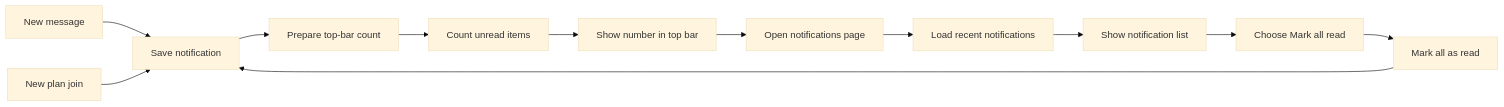
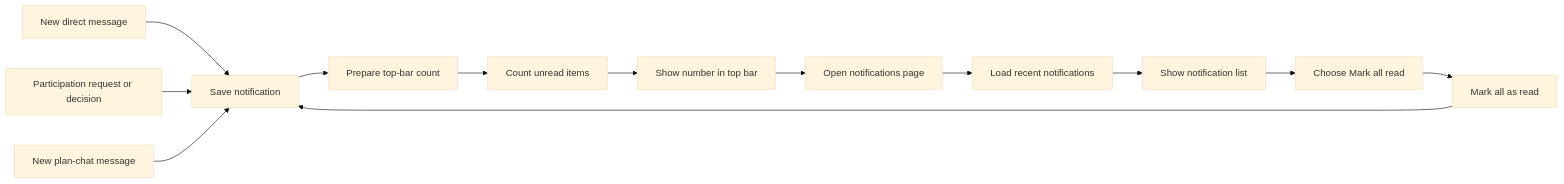
One commit to harvseale-ai/kindelise- changed diagram 11 of 13 in docs/RUNTIME.md. Above: the diagram before and after it, drawn with Mermaid (base theme). The commit also changed other lines of this file and 66 other files, not shown here.

````diff
--- a/docs/RUNTIME.md
+++ b/docs/RUNTIME.md
@@ -402,25 +410,27 @@
 ```mermaid
 flowchart LR
-  A["New message"] --> C["Save notification"]
-  B["New plan join"] --> C
-  C --> D["Prepare top-bar count"]
-  D --> E["Count unread items"]
-  E --> F["Show number in top bar"]
-  F --> G["Open notifications page"]
-  G --> H["Load recent notifications"]
-  H --> I["Show notification list"]
-  I --> J["Choose Mark all read"]
-  J --> K["Mark all as read"]
-  K --> C
+  A["New direct message"] --> D["Save notification"]
+  B["Participation request or decision"] --> D
+  C["New plan-chat message"] --> D
+  D --> E["Prepare top-bar count"]
+  E --> F["Count unread items"]
+  F --> G["Show number in top bar"]
+  G --> H["Open notifications page"]
+  H --> I["Load recent notifications"]
+  I --> J["Show notification list"]
+  J --> K["Choose Mark all read"]
+  K --> L["Mark all as read"]
+  L --> D
   click A "kindlelise/services/messages.py#Ssend_direct_message" "Open message notification creation"
-  click B "kindlelise/services/plans.py#Sjoin_approved_plan_and_lock_meeting_details" "Open plan-join notification creation"
-  click C "kindlelise/models.py#SNotification" "Open Notification model"
-  click D "kindlelise/context_processors.py#Snotification_badge" "Open shared context processor"
-  click E "kindlelise/selectors/accounts.py#Sget_unread_notification_count" "Open unread count query"
-  click F "templates/base.html#L1" "Open the notification icon"
-  click G "kindlelise/views/accounts.py#Snotifications_page" "Open notifications page"
-  click H "kindlelise/selectors/accounts.py#Sget_recent_notifications" "Open recent alerts query"
-  click I "templates/notifications.html#L1" "Open notifications template"
-  click J "kindlelise/views/accounts.py#Smark_notifications_read" "Open mark-read endpoint"
-  click K "kindlelise/services/accounts.py#Smark_all_notifications_read" "Open mark-read update"
+  click B "kindlelise/services/plans.py#Srequest_plan_participation_and_open_owner_conversation" "Open participation notification creation"
+  click C "kindlelise/services/messages.py#Ssend_plan_chat_message" "Open plan-chat notification creation"
+  click D "kindlelise/models.py#SNotification" "Open Notification model"
+  click E "kindlelise/context_processors.py#Snotification_badge" "Open shared context processor"
+  click F "kindlelise/selectors/accounts.py#Sget_unread_notification_count" "Open unread count query"
+  click G "templates/base.html#L1" "Open the notification icon"
+  click H "kindlelise/views/accounts.py#Snotifications_page" "Open notifications page"
+  click I "kindlelise/selectors/accounts.py#Sget_recent_notifications" "Open recent alerts query"
+  click J "templates/notifications.html#L1" "Open notifications template"
+  click K "kindlelise/views/accounts.py#Smark_notifications_read" "Open mark-read endpoint"
+  click L "kindlelise/services/accounts.py#Smark_all_notifications_read" "Open mark-read update"
 ```
````
